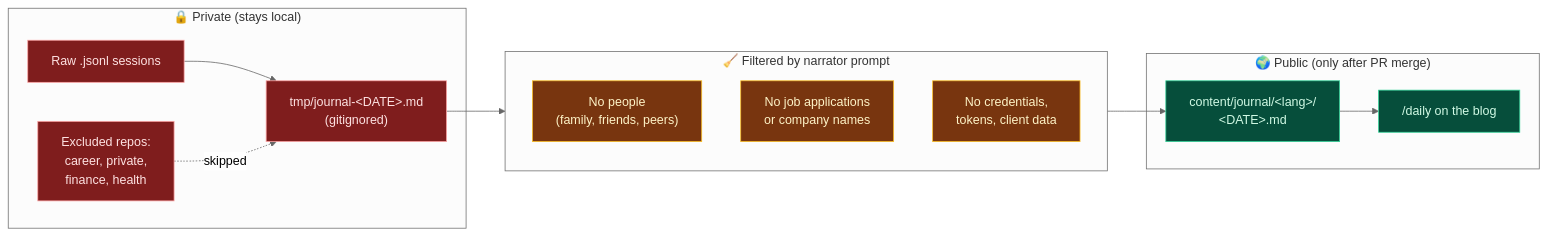
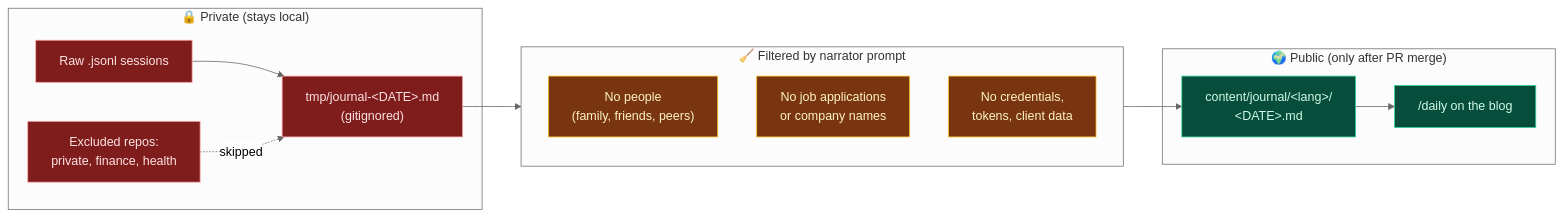
One commit to tgmarinho/tgmarinho-ai-blog changed the second of 2 diagrams in docs/daily-journal-setup.md. Above: the diagram before and after it, drawn with Mermaid (neutral theme). The commit also changed other lines of this file and 1 other file, not shown here.

Commit message:
chore(daily): remove career/personal from default excludes
Keep only private/finance/health filtered by default. Career and personal
work can be evaluated later via the narrator's prompt rules and the
manual PR review gate.

````diff
--- a/docs/daily-journal-setup.md
+++ b/docs/daily-journal-setup.md
@@ -85,32 +85,32 @@
 ```mermaid
 flowchart LR
   subgraph PRIVATE["🔒 Private (stays local)"]
     A["Raw .jsonl sessions"]
     B["tmp/journal-&lt;DATE&gt;.md<br/>(gitignored)"]
-    C["Excluded repos:<br/>career, private,<br/>finance, health"]
+    C["Excluded repos:<br/>private, finance, health"]
   end
 
   subgraph FILTERED["🧹 Filtered by narrator prompt"]
     D["No people<br/>(family, friends, peers)"]
     E["No job applications<br/>or company names"]
     F["No credentials,<br/>tokens, client data"]
   end
 
   subgraph PUBLIC["🌍 Public (only after PR merge)"]
     G["content/journal/&lt;lang&gt;/<br/>&lt;DATE&gt;.md"]
     H["/daily on the blog"]
   end
 
   A --> B
   C -. skipped .-> B
   B --> FILTERED
   FILTERED --> G
   G --> H
 
   classDef priv fill:#7f1d1d,stroke:#fca5a5,color:#fee2e2
   classDef filt fill:#78350f,stroke:#fbbf24,color:#fef3c7
   classDef pub fill:#064e3b,stroke:#34d399,color:#d1fae5
   class A,B,C priv
   class D,E,F filt
   class G,H pub
 ```
````
